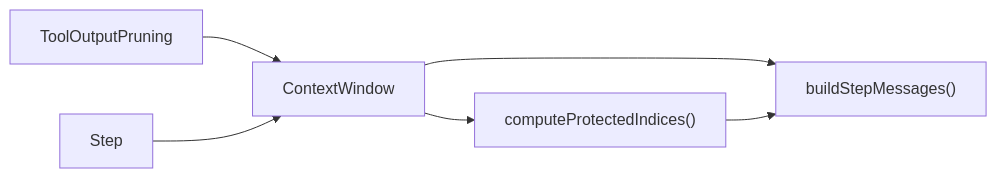
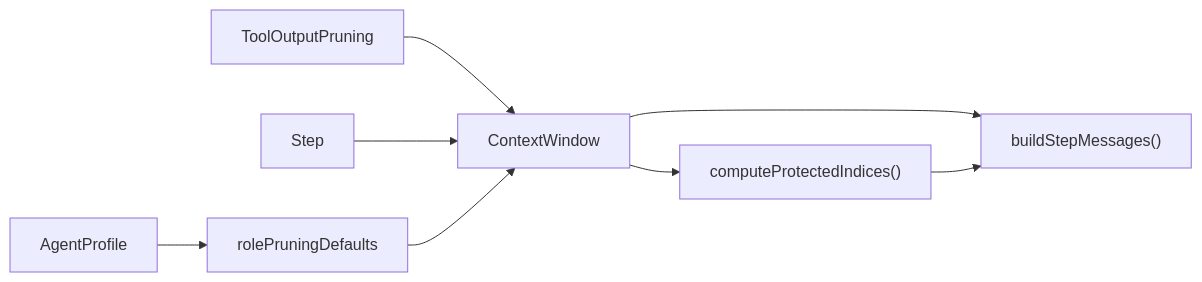
One commit to v0lka/c0wrk changed the fifth of 5 diagrams in .qoder/repowiki/en/content/Memory and Context Management/Tool Output Pruning.md. Above: the diagram before and after it, drawn with Mermaid. The commit also changed other lines of this file and 49 other files, not shown here.

````diff
--- a/.qoder/repowiki/en/content/Memory and Context Management/Tool Output Pruning.md
+++ b/.qoder/repowiki/en/content/Memory and Context Management/Tool Output Pruning.md
@@ -249,8 +354,10 @@
 ```mermaid
 graph LR
 PRUNE["ToolOutputPruning"] --> CW["ContextWindow"]
 STEP["Step"] --> CW
+ROLE["rolePruningDefaults"] --> CW
+PROFILE["AgentProfile"] --> ROLE
 CW --> BM["buildStepMessages()"]
 CW --> PI["computeProtectedIndices()"]
 PI --> BM
 ```
````
